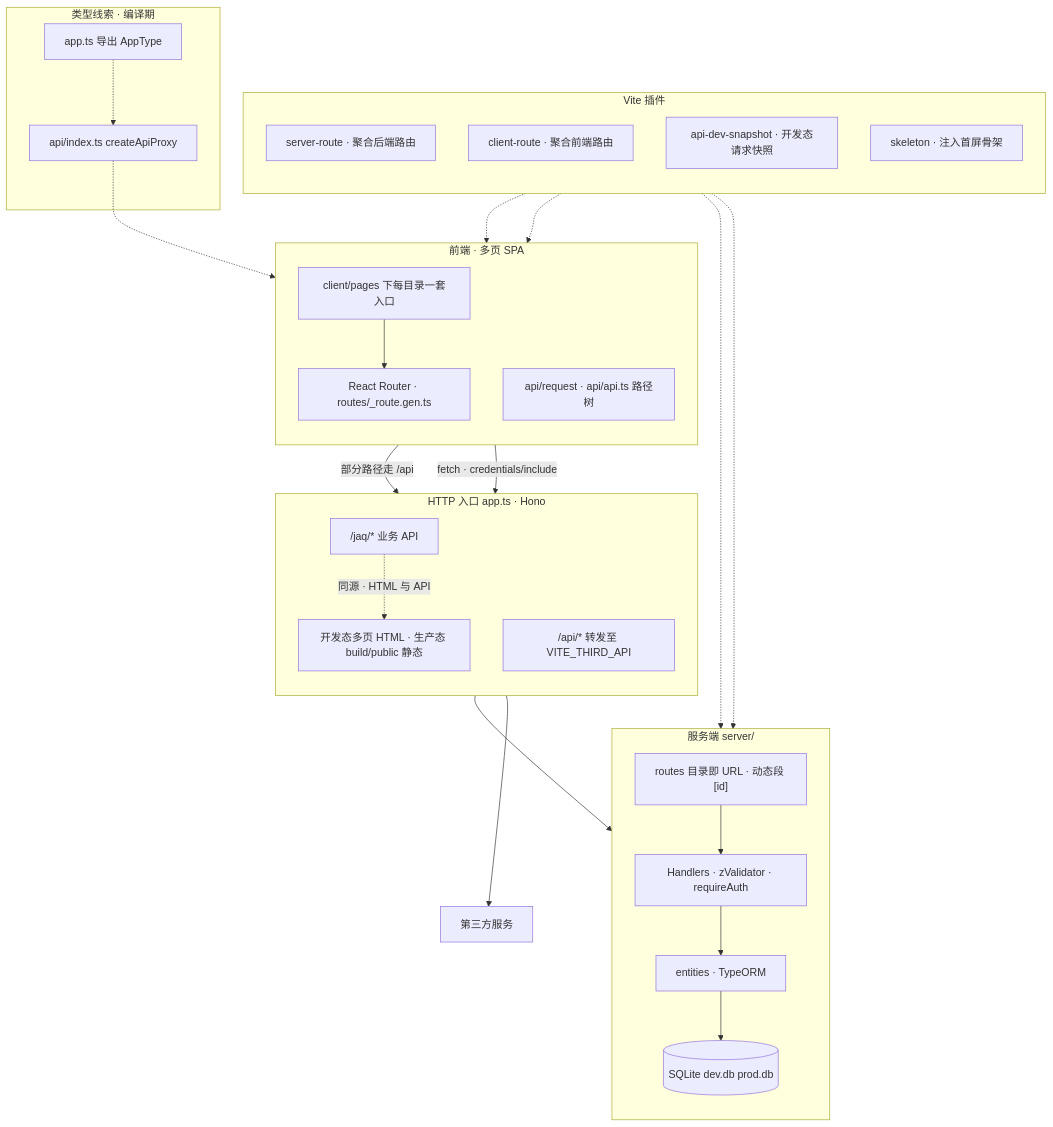
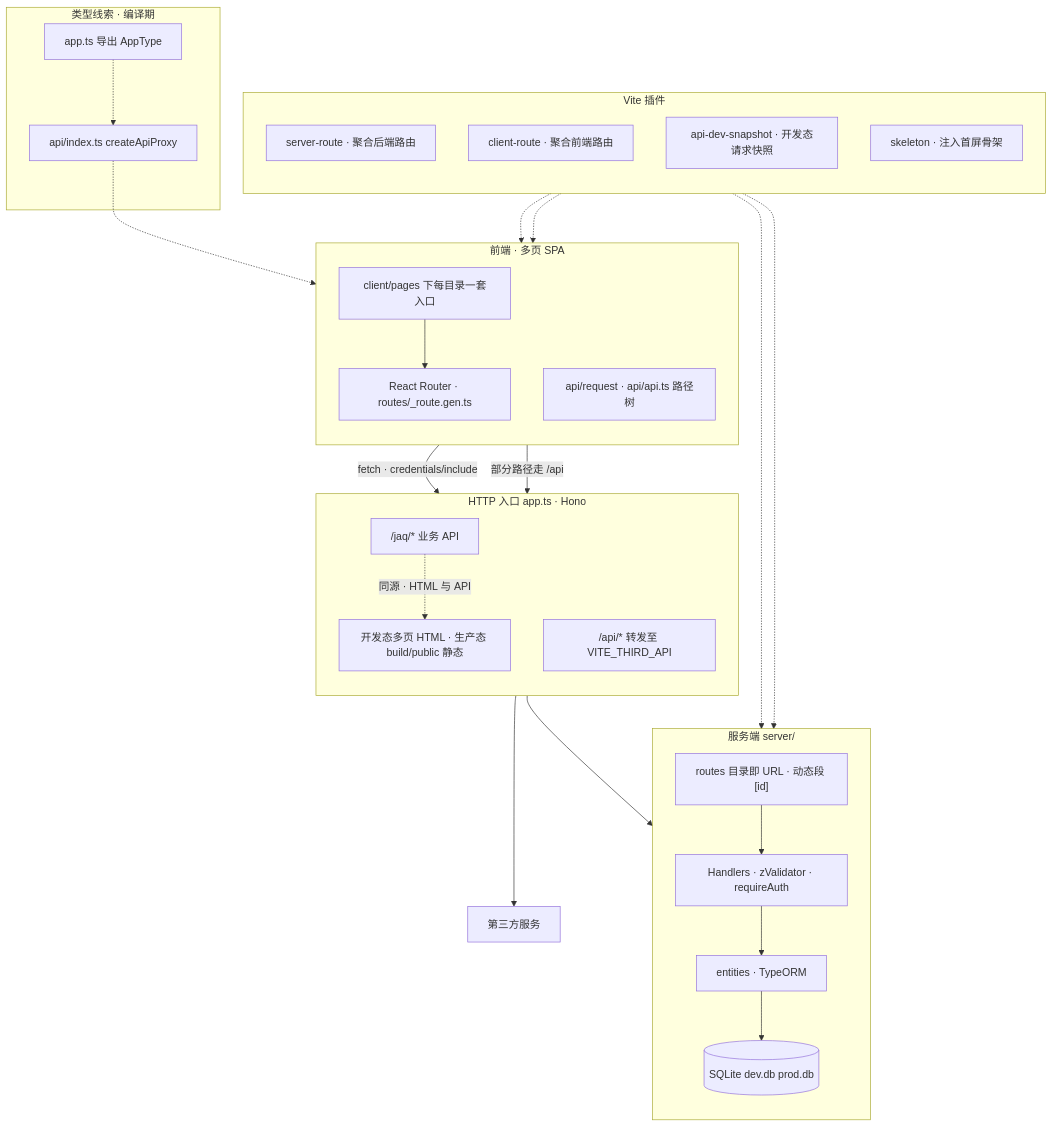
The diagram in README.md (ljaq/fullstack-app), drawn with Mermaid before and after one commit. The commit also changed other lines of this file and 10 other files, not shown here.

````diff
--- a/README.md
+++ b/README.md
@@ -26,51 +26,51 @@
 ```mermaid
 flowchart TB
   subgraph FE["前端 · 多页 SPA"]
     direction TB
     FE1["client/pages 下每目录一套入口"]
     FE2["React Router · routes/_route.gen.ts"]
     FE3["api/request · api/api.ts 路径树"]
     FE1 --> FE2
-  end
-
-  subgraph GW["HTTP 入口 app.ts · Hono"]
-    direction TB
-    GW1["/jaq/* 业务 API"]
-    GW2["/api/* 转发至 VITE_THIRD_API"]
-    GW3["开发态多页 HTML · 生产态 build/public 静态"]
   end
 
   subgraph BE["服务端 server/"]
     direction TB
     BE1["routes 目录即 URL · 动态段 [id]"]
     BE2["Handlers · zValidator · requireAuth"]
     BE3["entities · TypeORM"]
     BE4[(SQLite dev.db prod.db)]
     BE1 --> BE2 --> BE3 --> BE4
   end
 
   subgraph PL["Vite 插件"]
     direction TB
     P1["server-route · 聚合后端路由"]
     P2["client-route · 聚合前端路由"]
     P3["api-dev-snapshot · 开发态请求快照"]
     P4["skeleton · 注入首屏骨架"]
     P1 -.-> BE1
     P2 -.-> FE2
     P3 -.-> BE1
     P4 -.-> FE1
   end
 
+  subgraph GW["HTTP 入口 app.ts · Hono"]
+    direction TB
+    GW1["/jaq/* 业务 API"]
+    GW2["/api/* 转发至 VITE_THIRD_API"]
+    GW3["开发态多页 HTML · 生产态 build/public 静态"]
+  end
+
   subgraph TY["类型线索 · 编译期"]
     APP["app.ts 导出 AppType"]
     APIIDX["api/index.ts createApiProxy"]
     APP -.-> APIIDX
     APIIDX -.-> FE3
   end
 
   FE3 -->|"fetch · credentials/include"| GW1
   FE3 -->|"部分路径走 /api"| GW2
   GW2 --> EXT["第三方服务"]
   GW1 --> BE1
   GW1 -.->|同源 · HTML 与 API| GW3
 ```
````
